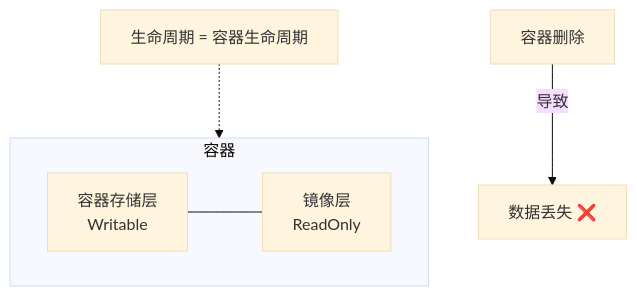
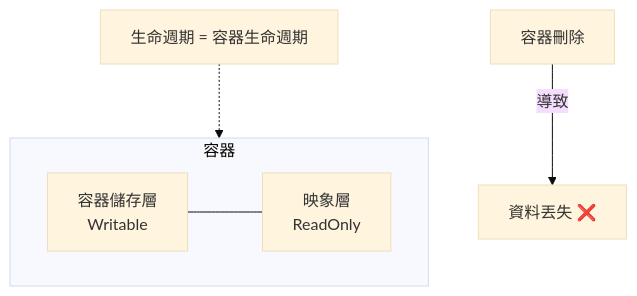
Before and after one commit to doggy8088/docker_practice: the second of 3 diagrams in 08_data/8.1_volume.md, drawn with Mermaid (base theme). The commit also changed other lines of this file and 210 other files, not shown here.

````diff
--- a/08_data/8.1_volume.md
+++ b/08_data/8.1_volume.md
@@ -34,11 +34,11 @@
 ```mermaid
 graph TD
     subgraph Container [容器]
-        Writable[容器存储层<br>Writable]
-        Image[镜像层<br>ReadOnly]
+        Writable[容器儲存層<br>Writable]
+        Image[映象層<br>ReadOnly]
         Writable --- Image
     end
     
-    Lifecycle[生命周期 = 容器生命周期] -.-> Container
-    Delete[容器删除] -->|导致| DataLost[数据丢失 ❌]
+    Lifecycle[生命週期 = 容器生命週期] -.-> Container
+    Delete[容器刪除] -->|導致| DataLost[資料丟失 ❌]
 ```
````
